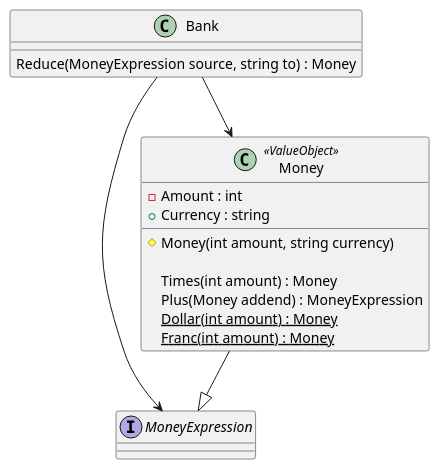
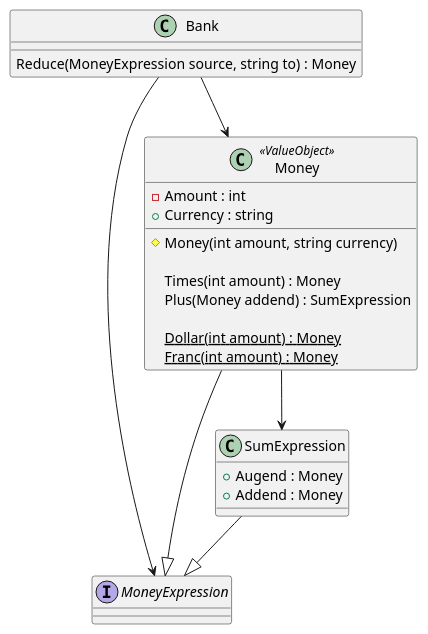
The diagram in Documentation/Classes.puml (RicardoGuzmanVelasco/KentBeck.TDDByExample), drawn with PlantUML before and after one commit. The commit also changed 3 other files, not shown here.

```diff
--- a/Documentation/Classes.puml
+++ b/Documentation/Classes.puml
@@ -1,27 +1,34 @@
 @startuml
 
 interface MoneyExpression 
 
 class Money <<ValueObject>>
 {
     -Amount : int
     +Currency : string
     
     #Money(int amount, string currency)
     
     Times(int amount) : Money
-    Plus(Money addend) : MoneyExpression
-    
+    Plus(Money addend) : SumExpression
     
     {static} Dollar(int amount) : Money
     {static} Franc(int amount) : Money
 }
 Money --|> MoneyExpression
+Money --> SumExpression
+
+class SumExpression
+{
+    +Augend : Money
+    +Addend : Money
+}
+SumExpression --|> MoneyExpression
 
 class Bank
 {
     Reduce(MoneyExpression source, string to) : Money
 }
 Bank --> MoneyExpression
 Bank --> Money
 @enduml
```
